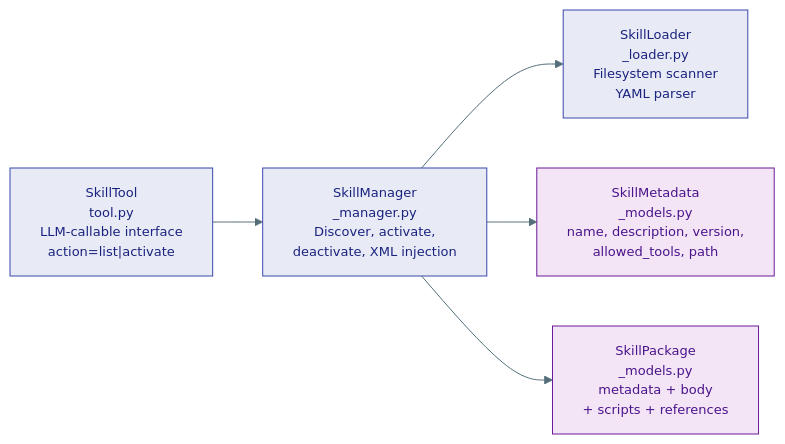
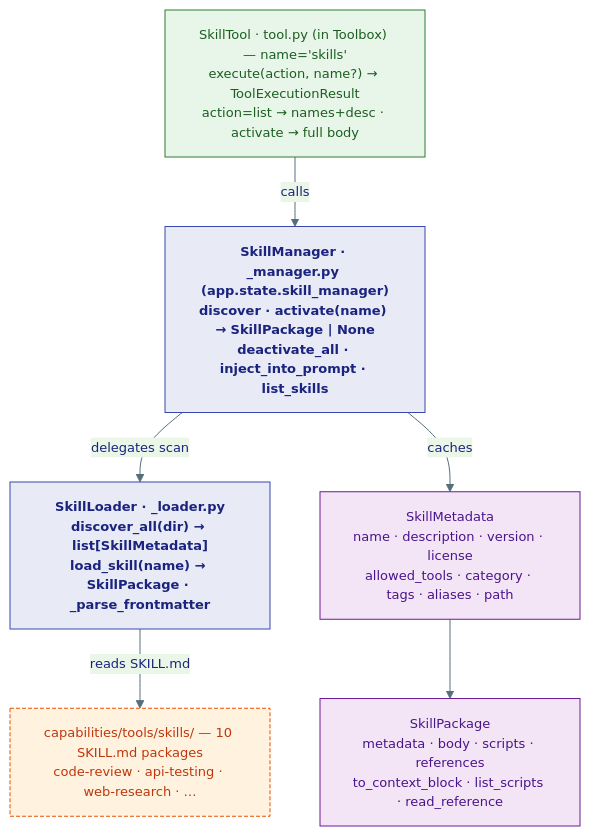
The second of 2 diagrams in agents/agent-substrate/docs/capabilities/02-skills.md (Ravikumarchavva/agent-substrate), drawn with Mermaid before and after one commit. The commit also changed other lines of this file and 10 other files, not shown here.

First line of the commit message:
Refactor documentation diagrams and enhance Mermaid integration

````diff
--- a/agents/agent-substrate/docs/capabilities/02-skills.md
+++ b/agents/agent-substrate/docs/capabilities/02-skills.md
@@ -69,18 +71,21 @@
 ```mermaid
 %%{init: {'theme': 'base', 'themeVariables': {'primaryColor': '#E8EAF6','primaryTextColor': '#1A237E','primaryBorderColor': '#3949AB','lineColor': '#546E7A','fontSize': '13px'}}}%%
-flowchart LR
-    classDef cls fill:#E8EAF6,stroke:#3949AB,color:#1A237E
+flowchart TB
+    classDef cls  fill:#E8EAF6,stroke:#3949AB,color:#1A237E,font-weight:bold
     classDef data fill:#F3E5F5,stroke:#6A1B9A,color:#4A148C
+    classDef tool fill:#E8F5E9,stroke:#2E7D32,color:#1B5E20
+    classDef fs   fill:#FFF3E0,stroke:#E65100,color:#BF360C,stroke-dasharray:4 2
 
-    SM["SkillManager\n_manager.py\nDiscover, activate,\ndeactivate, XML injection"]:::cls
-    SL["SkillLoader\n_loader.py\nFilesystem scanner\nYAML parser"]:::cls
-    ST["SkillTool\ntool.py\nLLM-callable interface\naction=list|activate"]:::cls
+    ST["SkillTool · tool.py (in Toolbox) — name='skills'<br/>execute(action, name?) → ToolExecutionResult<br/>action=list → names+desc · activate → full body"]:::tool
+    SM["SkillManager · _manager.py (app.state.skill_manager)<br/>discover · activate(name) → SkillPackage | None<br/>deactivate_all · inject_into_prompt · list_skills"]:::cls
+    SL["SkillLoader · _loader.py<br/>discover_all(dir) → list[SkillMetadata]<br/>load_skill(name) → SkillPackage · _parse_frontmatter"]:::cls
+    FS["capabilities/tools/skills/ — 10 SKILL.md packages<br/>code-review · api-testing · web-research · …"]:::fs
+    META["SkillMetadata<br/>name · description · version · license<br/>allowed_tools · category · tags · aliases · path"]:::data
+    PKG["SkillPackage<br/>metadata · body · scripts · references<br/>to_context_block · list_scripts · read_reference"]:::data
 
-    META["SkillMetadata\n_models.py\nname, description, version,\nallowed_tools, path"]:::data
-    PKG["SkillPackage\n_models.py\nmetadata + body\n+ scripts + references"]:::data
-
-    SM --> SL
-    SM --> META
-    SM --> PKG
-    ST --> SM
+    ST -->|"calls"| SM
+    SM -->|"delegates scan"| SL
+    SL -->|"reads SKILL.md"| FS
+    SM -->|"caches"| META
+    META --> PKG
 ```
````
